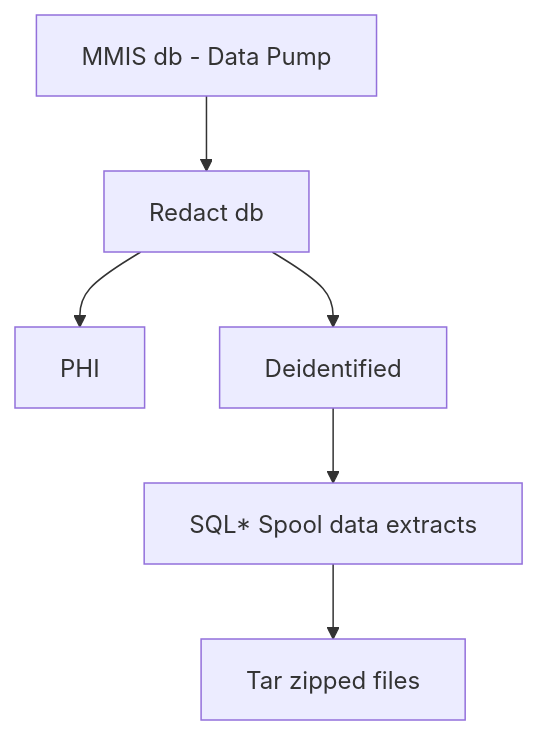
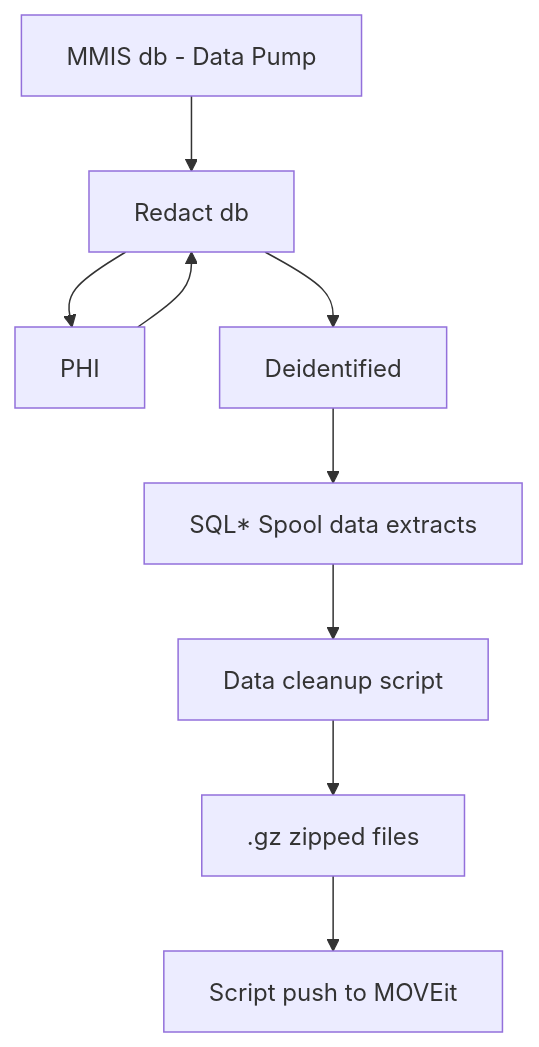
Before and after one commit to Gainwell-MDonnelly/ct-genius: the second of 3 diagrams in reference/notes.md, drawn with Mermaid. The commit also changed other lines of this file and 1 other file, not shown here.

````diff
--- a/reference/notes.md
+++ b/reference/notes.md
@@ -12,8 +12,12 @@
 ```mermaid
 flowchart TD
 A[MMIS db - Data Pump] --> B[Redact db]
 B[Redact db] --> C[PHI]
-B[Redact db] --> D[Deidentified]
-D[Deidentified] --> E[SQL* Spool data extracts]
-E[SQL* Spool data extracts] --> F[Tar zipped files]
+ C[PHI] --> B[Redact db]
+B[Redact db] --> I[Deidentified] 
+I[Deidentified] --> E[SQL* Spool data extracts]
+E[SQL* Spool data extracts] --> S[Data cleanup script]
+
+S[Data cleanup script]--> F[.gz zipped files]
+F[.gz zipped files] --> G[Script push to MOVEit]
 ```
````
